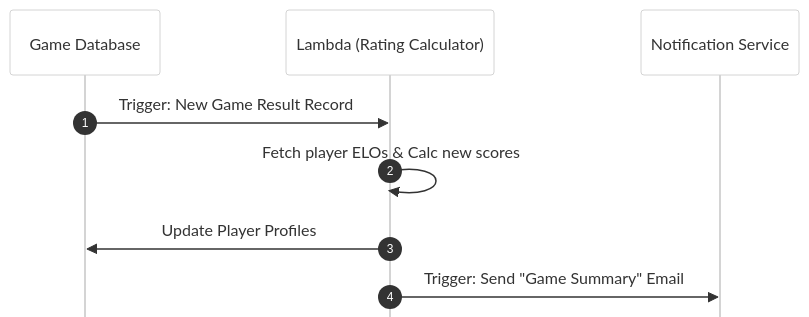
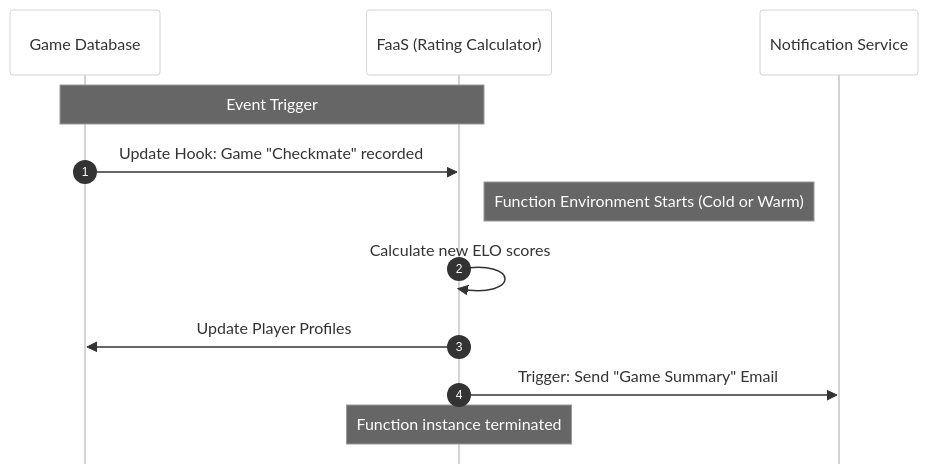
Before and after one commit to byucsstudent/cs240v2: diagram 12 of 14 in instruction/distributed-application-architectures/distributed-application-architectures.md, drawn with Mermaid. The commit also changed other lines of this file, not shown here.

Commit message:
Lee Jensen - update(Distributed Application Architectures)

````diff
--- a/instruction/distributed-application-architectures/distributed-application-architectures.md
+++ b/instruction/distributed-application-architectures/distributed-application-architectures.md
@@ -368,17 +385,20 @@
 ```mermaid
 %%{init: { 'theme': 'neutral', 'look': 'handDrawn',
   'sequence': { 
     'mirrorActors': false,
     'showSequenceNumbers': true
   }, 'themeVariables': { 'mainBkg': '#ffffff', 'lineColor': '#000000', 'primaryTextColor': '#000000' } }}%%
 
 sequenceDiagram
     participant DB as Game Database
-    participant L as Lambda (Rating Calculator)
-    participant S as Notification Service
+    participant L as FaaS (Rating Calculator)
+    participant Notif as Notification Service
     
-    DB->>L: Trigger: New Game Result Record
-    L->>L: Fetch player ELOs & Calc new scores
+    Note over DB, L: Event Trigger
+    DB->>L: Update Hook: Game "Checkmate" recorded
+    Note right of L: Function Environment Starts (Cold or Warm)
+    L->>L: Calculate new ELO scores
     L->>DB: Update Player Profiles
-    L->>S: Trigger: Send "Game Summary" Email
+    L->>Notif: Trigger: Send "Game Summary" Email
+    Note over L: Function instance terminated
 ```
````
